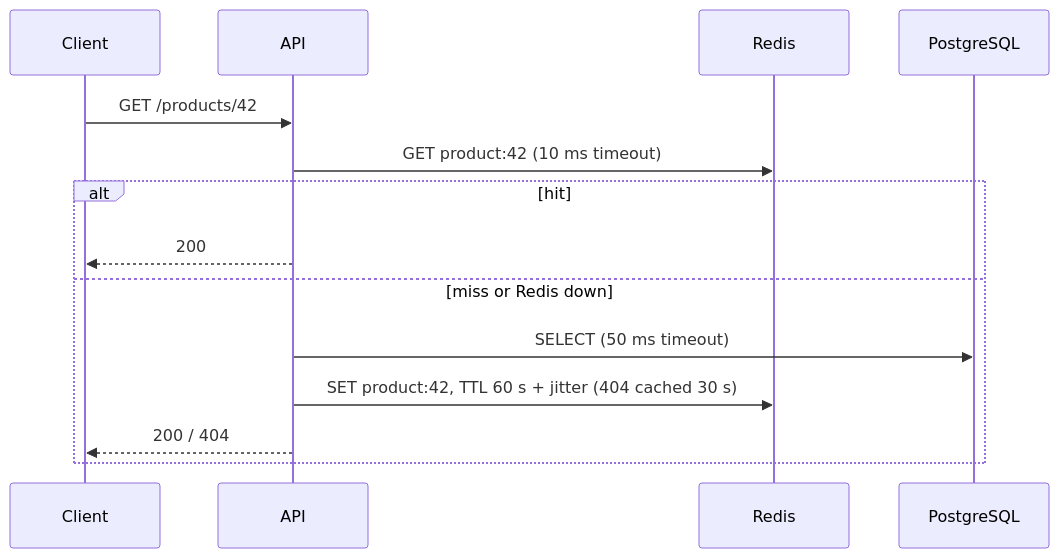
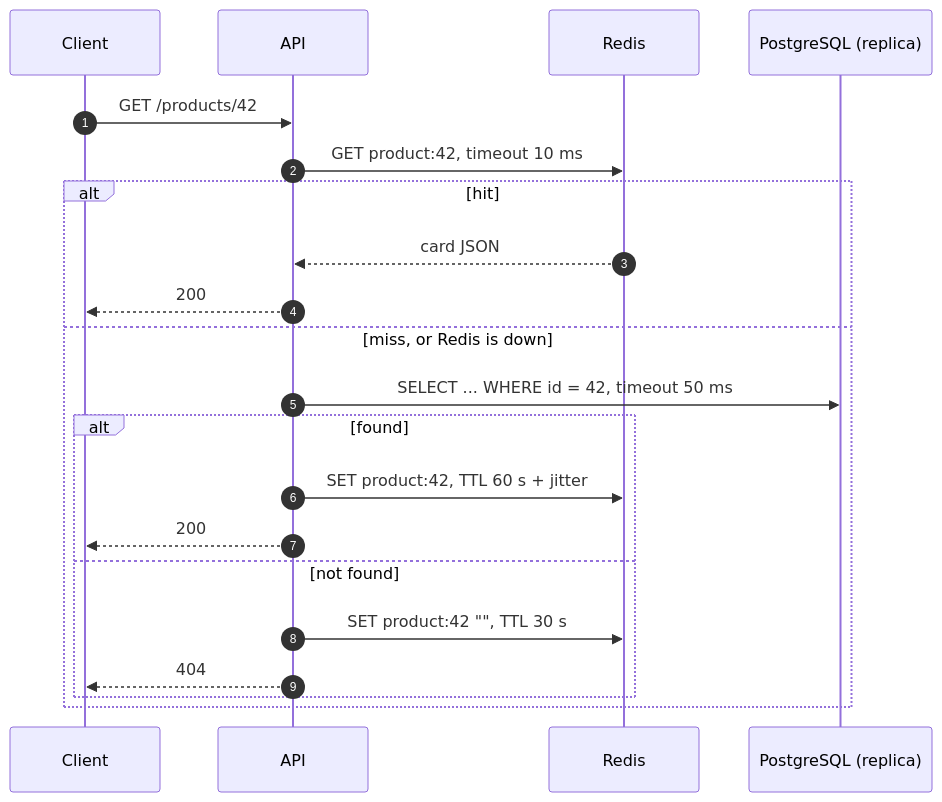
Before and after one commit to BEknUur/kbtu-higload-backend: the second of 6 diagrams in sis-2/README.md, drawn with Mermaid. The commit also changed other lines of this file, not shown here.

Commit message:
docs: update README.md to enhance product catalog architecture and API details

````diff
--- a/sis-2/README.md
+++ b/sis-2/README.md
@@ -78,16 +91,23 @@
 ```mermaid
 sequenceDiagram
+    autonumber
     participant C as Client
     participant A as API
     participant R as Redis
-    participant DB as PostgreSQL
+    participant DB as PostgreSQL (replica)
     C->>A: GET /products/42
-    A->>R: GET product:42 (10 ms timeout)
+    A->>R: GET product:42, timeout 10 ms
     alt hit
+        R-->>A: card JSON
         A-->>C: 200
-    else miss or Redis down
-        A->>DB: SELECT (50 ms timeout)
-        A->>R: SET product:42, TTL 60 s + jitter (404 cached 30 s)
-        A-->>C: 200 / 404
+    else miss, or Redis is down
+        A->>DB: SELECT ... WHERE id = 42, timeout 50 ms
+        alt found
+            A->>R: SET product:42, TTL 60 s + jitter
+            A-->>C: 200
+        else not found
+            A->>R: SET product:42 "", TTL 30 s
+            A-->>C: 404
+        end
     end
 ```
````
